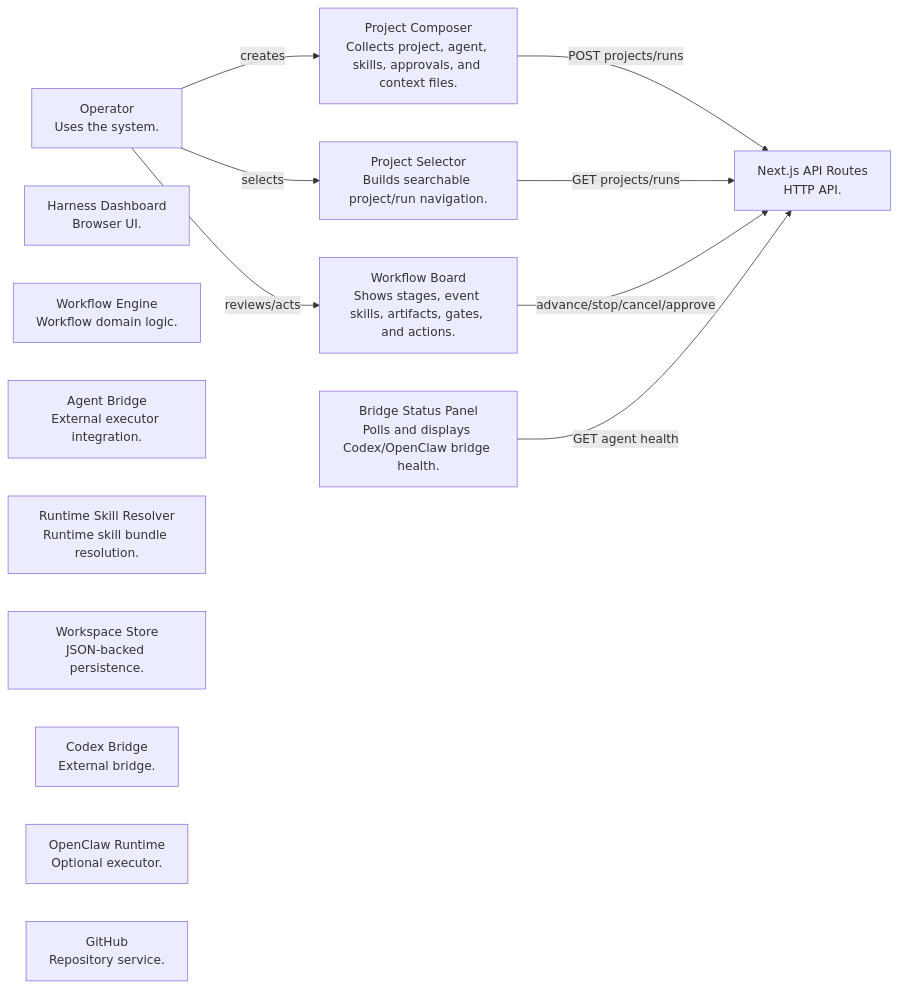
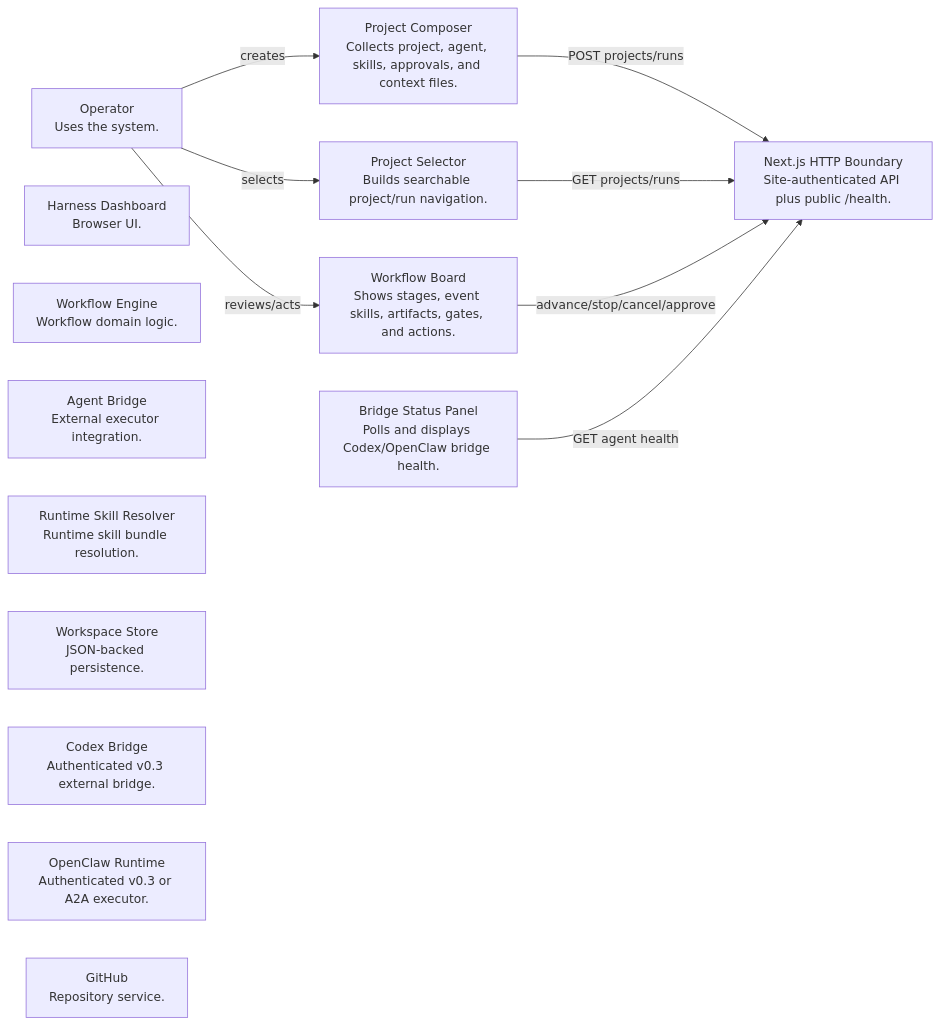
Before and after one commit to linderwu/harness-framework: the diagram in wiki/c4/diagrams/component-dashboard.mmd, drawn with Mermaid. The commit also changed 54 other files, not shown here.

Commit message:
Document production architecture with Ouroboros

```diff
--- a/wiki/c4/diagrams/component-dashboard.mmd
+++ b/wiki/c4/diagrams/component-dashboard.mmd
@@ -1,23 +1,23 @@
 flowchart LR
   %% Harness Dashboard Components
   operator["Operator<br/>Uses the system."]
   dashboard["Harness Dashboard<br/>Browser UI."]
-  api["Next.js API Routes<br/>HTTP API."]
+  api["Next.js HTTP Boundary<br/>Site-authenticated API plus public /health."]
   engine["Workflow Engine<br/>Workflow domain logic."]
   bridge["Agent Bridge<br/>External executor integration."]
   resolver["Runtime Skill Resolver<br/>Runtime skill bundle resolution."]
   store["Workspace Store<br/>JSON-backed persistence."]
-  codex["Codex Bridge<br/>External bridge."]
-  openclaw["OpenClaw Runtime<br/>Optional executor."]
+  codex["Codex Bridge<br/>Authenticated v0.3 external bridge."]
+  openclaw["OpenClaw Runtime<br/>Authenticated v0.3 or A2A executor."]
   github["GitHub<br/>Repository service."]
   composer["Project Composer<br/>Collects project, agent, skills, approvals, and context files."]
   selector["Project Selector<br/>Builds searchable project/run navigation."]
   board["Workflow Board<br/>Shows stages, event skills, artifacts, gates, and actions."]
   health["Bridge Status Panel<br/>Polls and displays Codex/OpenClaw bridge health."]
   operator -->|"creates"| composer
   operator -->|"selects"| selector
   operator -->|"reviews/acts"| board
   composer -->|"POST projects/runs"| api
   selector -->|"GET projects/runs"| api
   board -->|"advance/stop/cancel/approve"| api
   health -->|"GET agent health"| api
```
